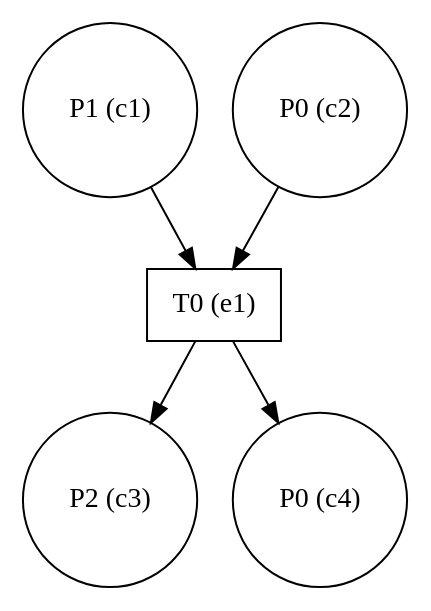
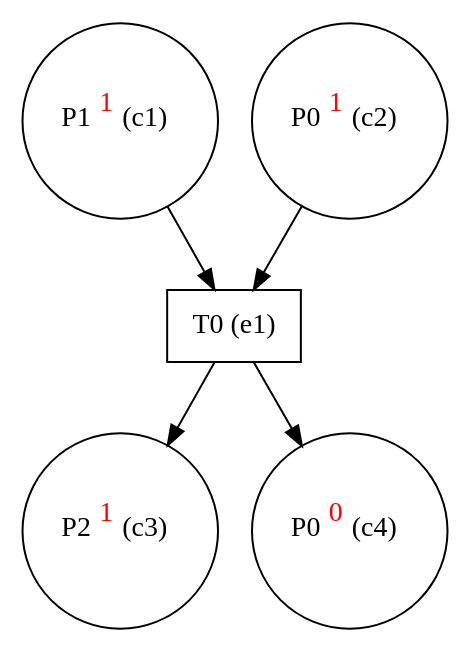
One commit to giannkas/ecofolder changed the diagram in tiny_eg.dot. Above: the diagram before and after it, drawn with Graphviz. The commit also changed 29 other files, not shown here.

```diff
--- a/tiny_eg.dot
+++ b/tiny_eg.dot
@@ -1,11 +1,11 @@
 digraph test {
   c1 -> e1;
   c2 -> e1;
   e1 -> c3;
   e1 -> c4;
-  c1 [label="P1 (c1)" shape=circle];
-  c2 [label="P0 (c2)" shape=circle];
-  c3 [label="P2 (c3)" shape=circle];
-  c4 [label="P0 (c4)" shape=circle];
+  c1 [label= <P1<FONT COLOR="red"><SUP>1</SUP></FONT>&nbsp;(c1)> shape=circle];
+  c2 [label= <P0<FONT COLOR="red"><SUP>1</SUP></FONT>&nbsp;(c2)> shape=circle];
+  c3 [label= <P2<FONT COLOR="red"><SUP>1</SUP></FONT>&nbsp;(c3)> shape=circle];
+  c4 [label= <P0<FONT COLOR="red"><SUP>0</SUP></FONT>&nbsp;(c4)> shape=circle];
   e1 [label="T0 (e1)" shape=box];
 }
```
